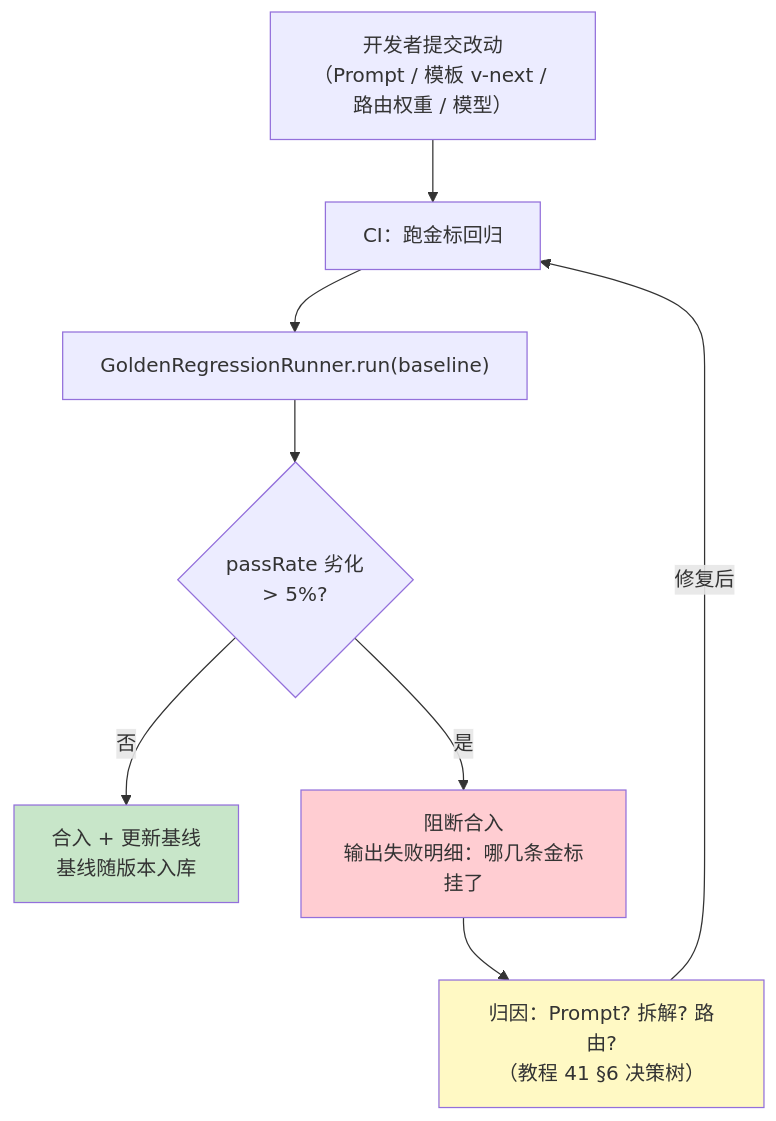
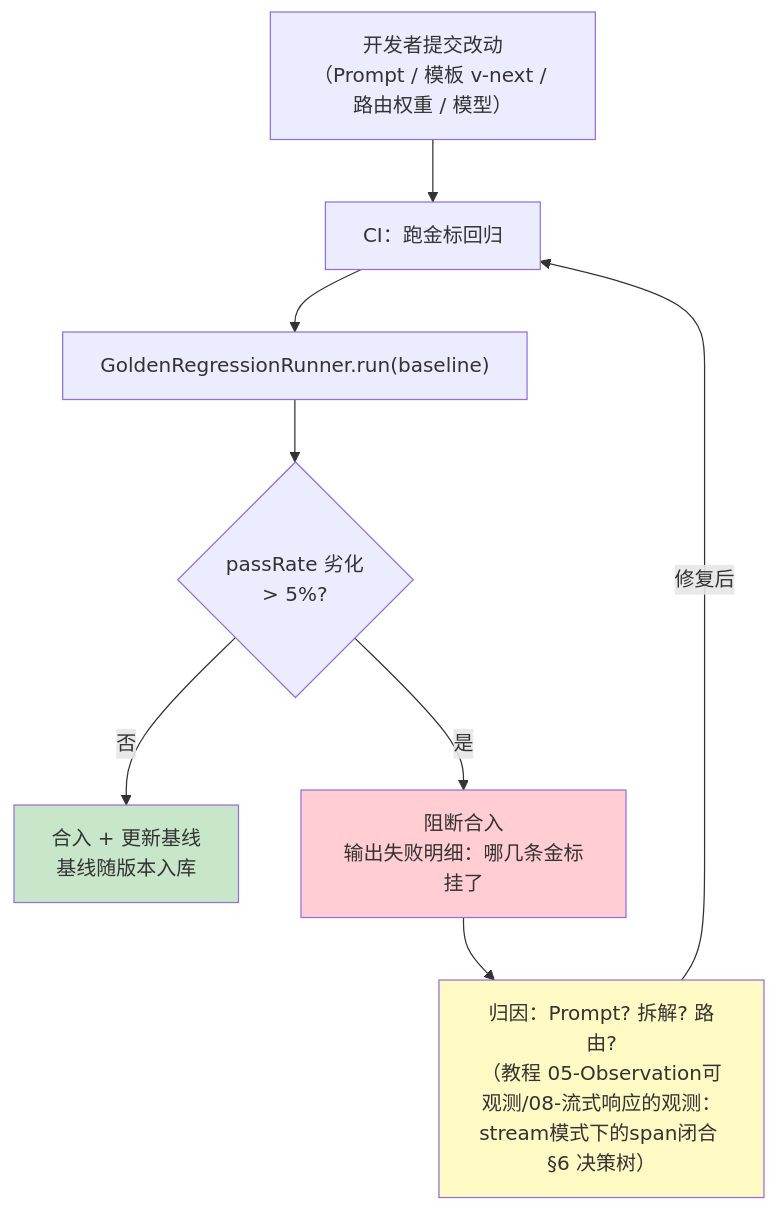
Before and after one commit to UranusGit/java-agent-learn: the third of 4 diagrams in docs/项目/02-多Agent协作平台/08-多Agent评估与调优.md, drawn with Mermaid. The commit also changed other lines of this file and 634 other files, not shown here.

````diff
--- a/docs/项目/02-多Agent协作平台/08-多Agent评估与调优.md
+++ b/docs/项目/02-多Agent协作平台/08-多Agent评估与调优.md
@@ -581,14 +581,14 @@
 ```mermaid
 flowchart TB
     DEV["开发者提交改动<br/>（Prompt / 模板 v-next / 路由权重 / 模型）"] --> CI["CI：跑金标回归"]
     CI --> RUN["GoldenRegressionRunner.run(baseline)"]
     RUN --> CMP{"passRate 劣化<br/>> 5%?"}
     CMP -->|"否"| MERGE["合入 + 更新基线<br/>基线随版本入库"]
     CMP -->|"是"| BLOCK["阻断合入<br/>输出失败明细：哪几条金标挂了"]
-    BLOCK --> TRIAGE["归因：Prompt? 拆解? 路由?<br/>（教程 41 §6 决策树）"]
+    BLOCK --> TRIAGE["归因：Prompt? 拆解? 路由?<br/>（教程 05-Observation可观测/08-流式响应的观测：stream模式下的span闭合 §6 决策树）"]
     TRIAGE -->|修复后| CI
 
     style MERGE fill:#c8e6c9
     style BLOCK fill:#ffcdd2
     style TRIAGE fill:#fff9c4
 ```
````
